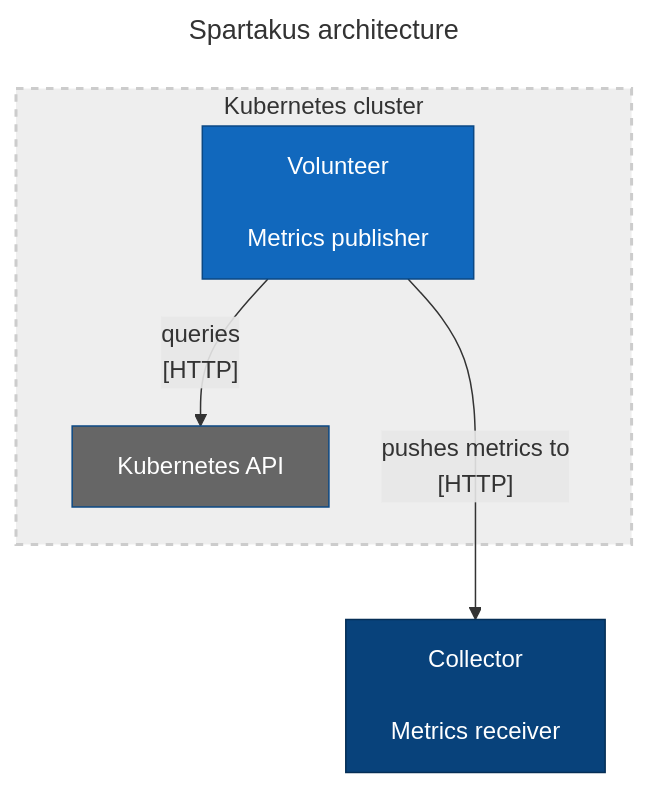
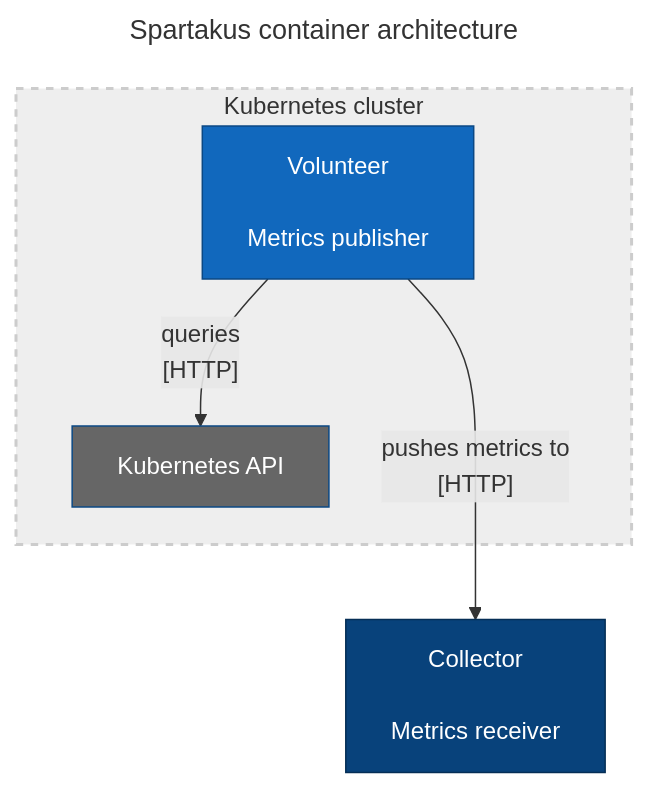
The diagram in docs/_drafts/scv2-hodometer-spartakus-container.mmd (agrski/agrski.github.io), drawn with Mermaid before and after one commit. The commit also changed 1 other file, not shown here.

Commit message:
Update container arch diagram titles to specify C4 level

```diff
--- a/docs/_drafts/scv2-hodometer-spartakus-container.mmd
+++ b/docs/_drafts/scv2-hodometer-spartakus-container.mmd
@@ -1,23 +1,23 @@
 ---
-title: Spartakus architecture
+title: Spartakus container architecture
 ---
 
 flowchart TD
   S["Volunteer\n\nMetrics publisher"]
   C["Collector\n\nMetrics receiver"]
   K["Kubernetes API"]
 
   subgraph k8s-cluster[Kubernetes cluster]
     S --> |"queries\n[HTTP]"| K
   end
   S ---> |"pushes metrics to\n[HTTP]"| C
 
   classDef focusSystem      fill:#1168bd,stroke:#0b4884,color:#ffffff
   classDef supportingSystem fill:#666,stroke:#0b4884,color:#ffffff
   classDef consumingSystem  fill:#08427b,stroke:#052e56,color:#ffffff
 
   class S focusSystem
   class C consumingSystem
   class K supportingSystem
 
   style k8s-cluster fill:#eee,stroke:#ccc,stroke-width:2px,stroke-dasharray: 5 5
```
